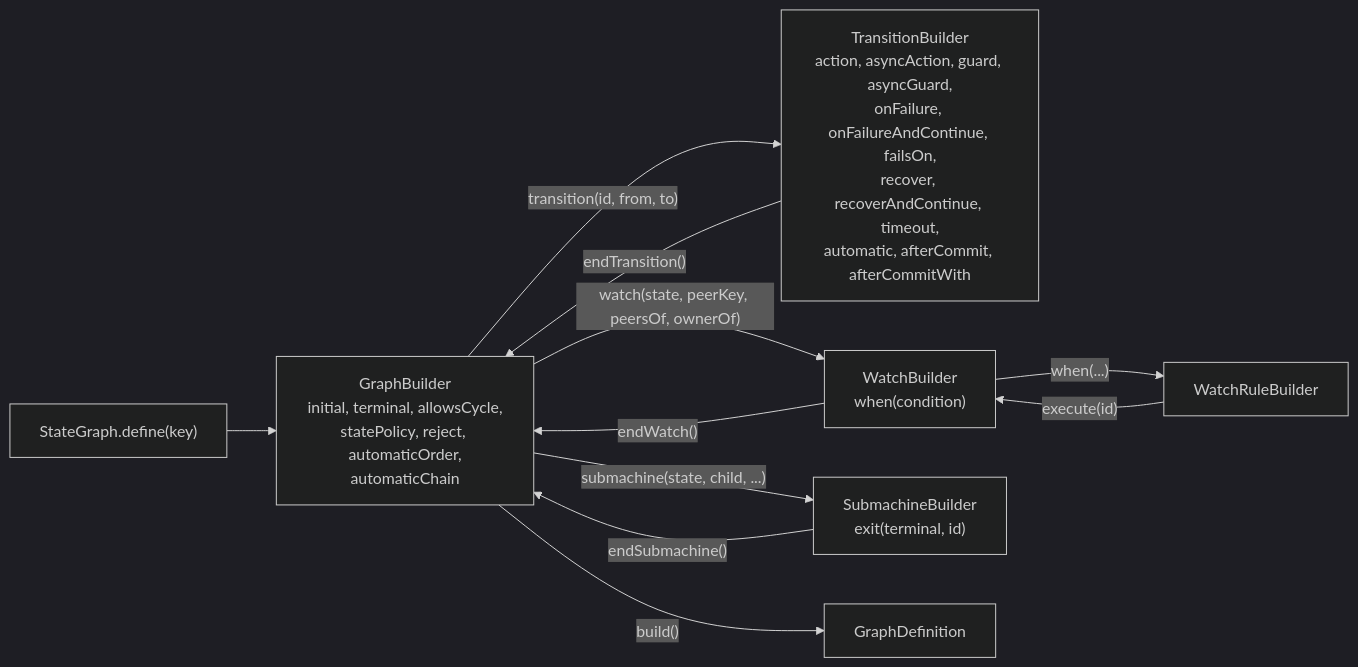
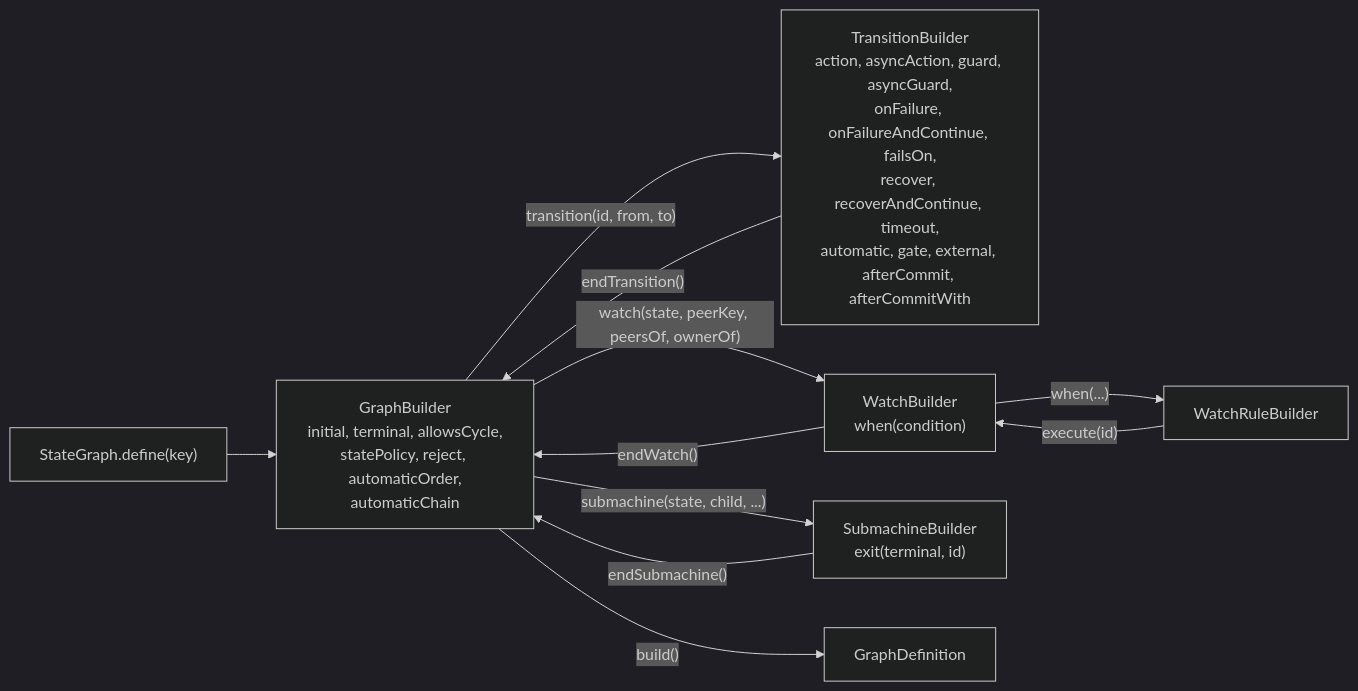
The diagram in docs/dsl.md (graphmaquina/graphmaquina), drawn with Mermaid (dark theme) before and after one commit. The commit also changed other lines of this file and 30 other files, not shown here.

Commit message:
Document edge kinds, guard evidence, injection, native images, upgrading and exports listing

````diff
--- a/docs/dsl.md
+++ b/docs/dsl.md
@@ -82,13 +82,13 @@
 ```mermaid
 flowchart LR
     define["StateGraph.define(key)"] --> graphStage["GraphBuilder<br/>initial, terminal, allowsCycle,<br/>statePolicy, reject, automaticOrder,<br/>automaticChain"]
-    graphStage -- "transition(id, from, to)" --> edge["TransitionBuilder<br/>action, asyncAction, guard, asyncGuard,<br/>onFailure, onFailureAndContinue, failsOn,<br/>recover, recoverAndContinue, timeout,<br/>automatic, afterCommit, afterCommitWith"]
+    graphStage -- "transition(id, from, to)" --> edge["TransitionBuilder<br/>action, asyncAction, guard, asyncGuard,<br/>onFailure, onFailureAndContinue, failsOn,<br/>recover, recoverAndContinue, timeout,<br/>automatic, gate, external, afterCommit, afterCommitWith"]
     edge -- "endTransition()" --> graphStage
     graphStage -- "watch(state, peerKey, peersOf, ownerOf)" --> watch["WatchBuilder<br/>when(condition)"]
     watch -- "when(...)" --> rule["WatchRuleBuilder"]
     rule -- "execute(id)" --> watch
     watch -- "endWatch()" --> graphStage
     graphStage -- "submachine(state, child, ...)" --> sub["SubmachineBuilder<br/>exit(terminal, id)"]
     sub -- "endSubmachine()" --> graphStage
     graphStage -- "build()" --> definition["GraphDefinition"]
 ```
````
